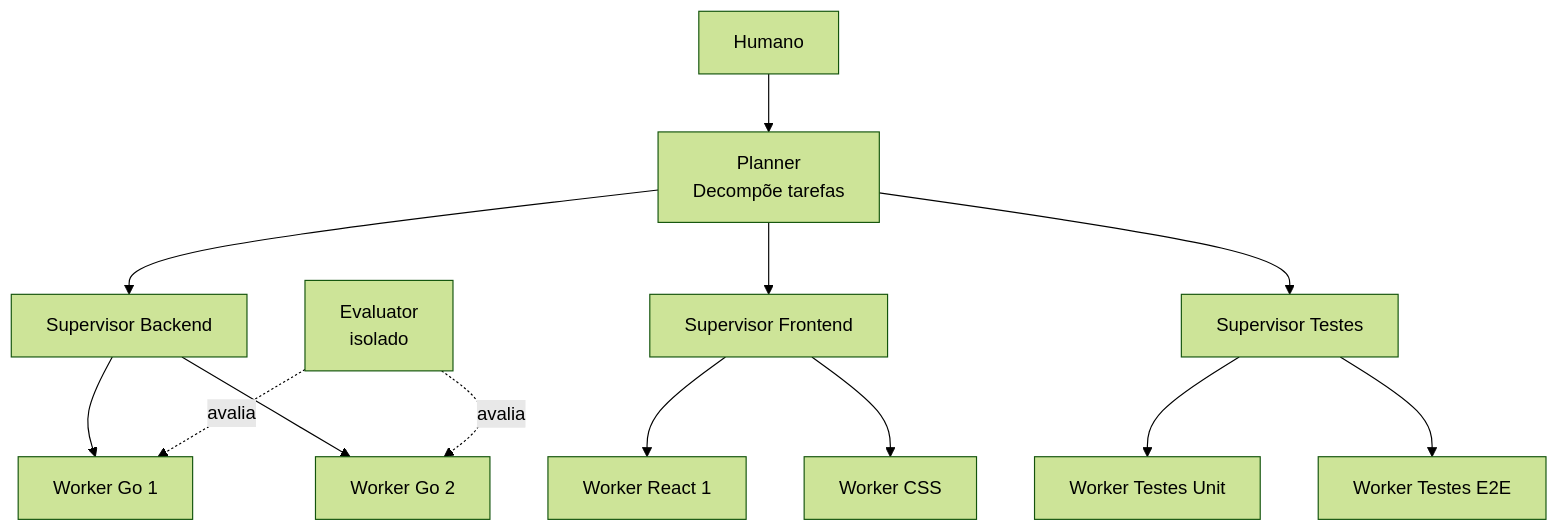
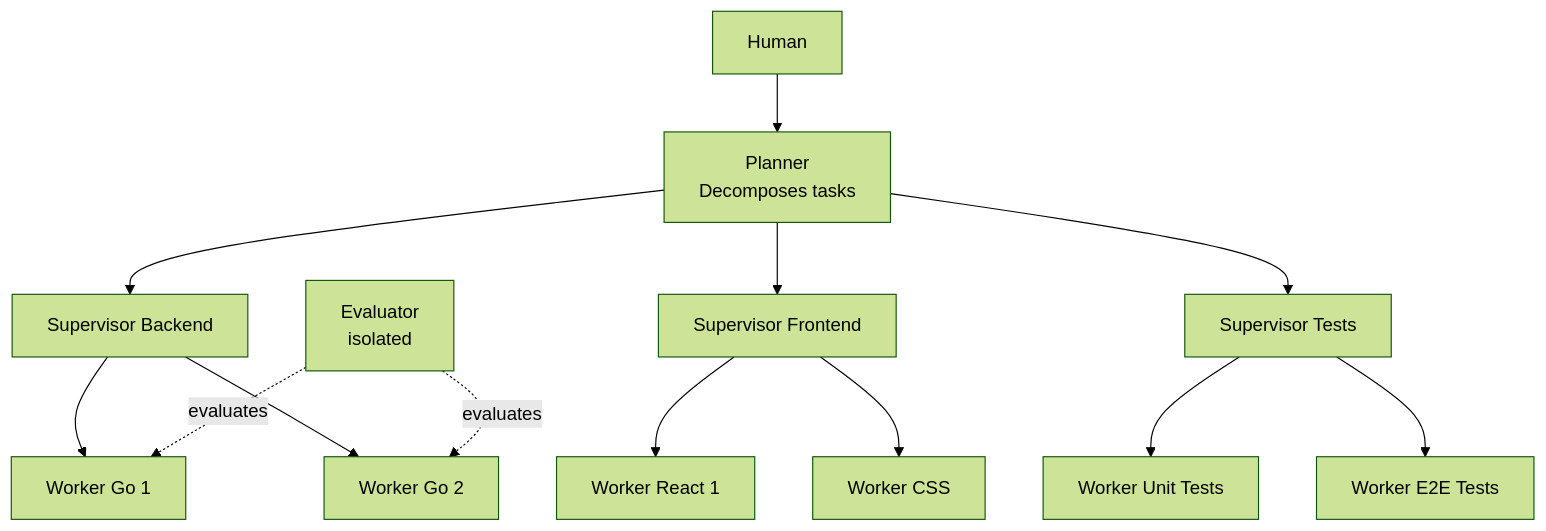
Before and after one commit to leonardo-moraes360/toolbelt: the eighth of 17 diagrams in docs/arquitetura.md, drawn with Mermaid (forest theme). The commit also changed other lines of this file and 9 other files, not shown here.

````diff
--- a/docs/arquitetura.md
+++ b/docs/arquitetura.md
@@ -590,20 +590,20 @@
 ```mermaid
 graph TB
-    HUMAN[Humano] --> PLANNER[Planner<br/>Decompõe tarefas]
+    HUMAN[Human] --> PLANNER[Planner<br/>Decomposes tasks]
     
     PLANNER --> SUP1[Supervisor Backend]
     PLANNER --> SUP2[Supervisor Frontend]
-    PLANNER --> SUP3[Supervisor Testes]
+    PLANNER --> SUP3[Supervisor Tests]
     
     SUP1 --> W1[Worker Go 1]
     SUP1 --> W2[Worker Go 2]
     
     SUP2 --> W3[Worker React 1]
     SUP2 --> W4[Worker CSS]
     
-    SUP3 --> W5[Worker Testes Unit]
-    SUP3 --> W6[Worker Testes E2E]
+    SUP3 --> W5[Worker Unit Tests]
+    SUP3 --> W6[Worker E2E Tests]
     
-    EVAL[Evaluator<br/>isolado] -.->|avalia| W1
-    EVAL -.->|avalia| W2
+    EVAL[Evaluator<br/>isolated] -.->|evaluates| W1
+    EVAL -.->|evaluates| W2
 ```
````
